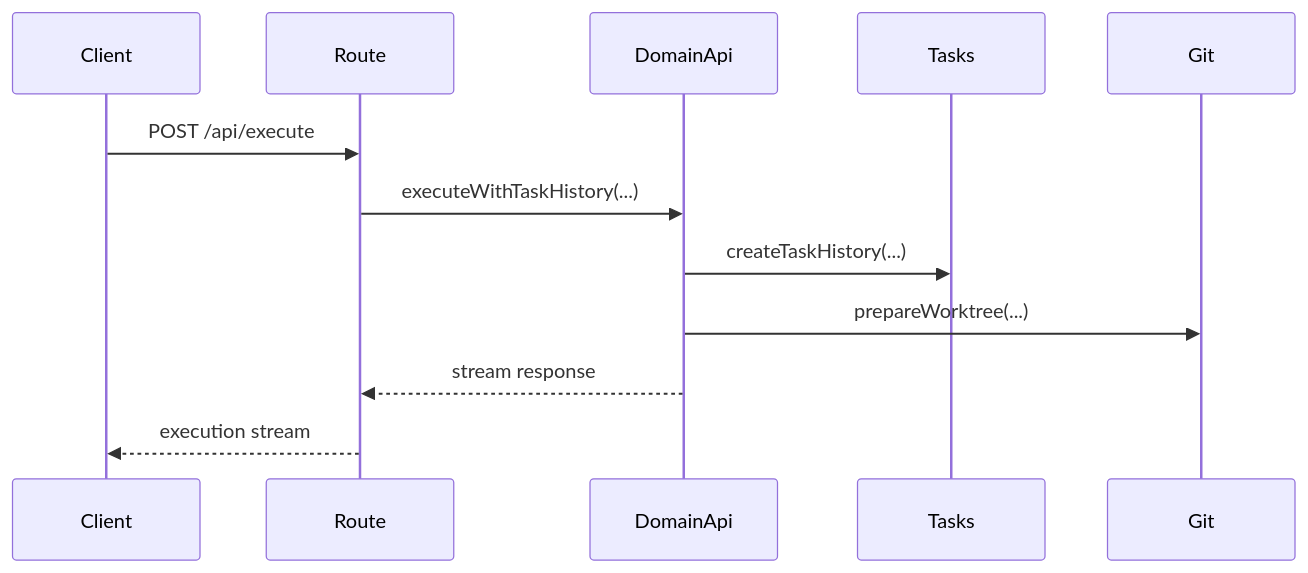
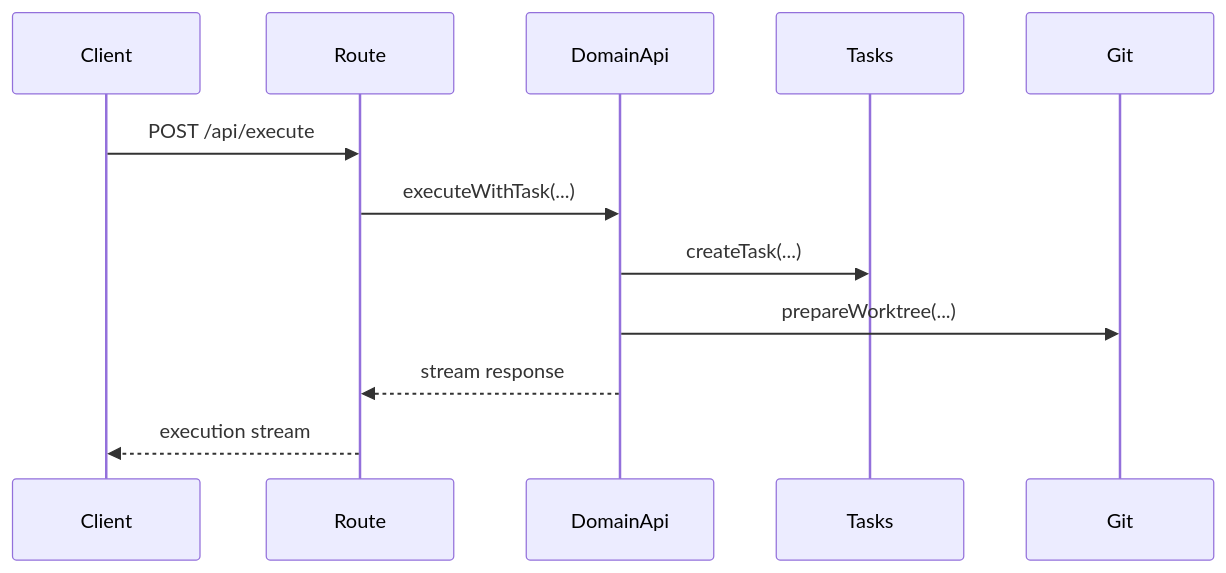
One commit to TurtleStoffel/tektite-console changed the first of 5 diagrams in src/backend/domains/agents/README.md. Above: the diagram before and after it, drawn with Mermaid. The commit also changed 11 other files, not shown here.

Commit message:
Rename Task History to Task

````diff
--- a/src/backend/domains/agents/README.md
+++ b/src/backend/domains/agents/README.md
@@ -12,14 +12,14 @@
 ```mermaid
 sequenceDiagram
     participant Client
     participant Route
     participant DomainApi
     participant Tasks
     participant Git
     Client->>Route: POST /api/execute
-    Route->>DomainApi: executeWithTaskHistory(...)
-    DomainApi->>Tasks: createTaskHistory(...)
+    Route->>DomainApi: executeWithTask(...)
+    DomainApi->>Tasks: createTask(...)
     DomainApi->>Git: prepareWorktree(...)
     DomainApi-->>Route: stream response
     Route-->>Client: execution stream
 ```
````
